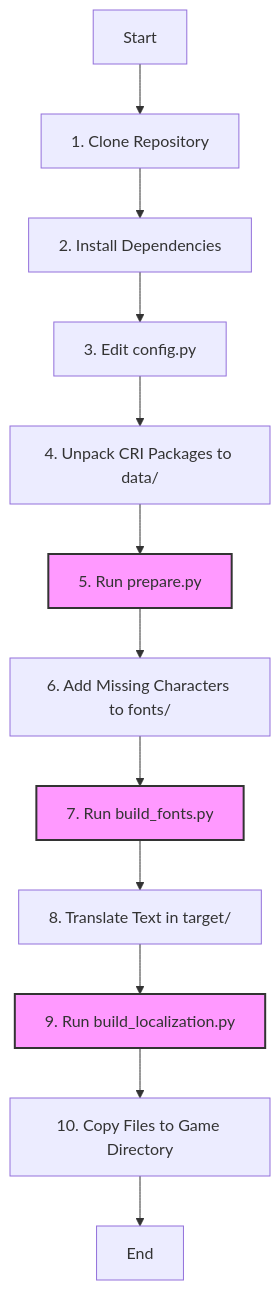
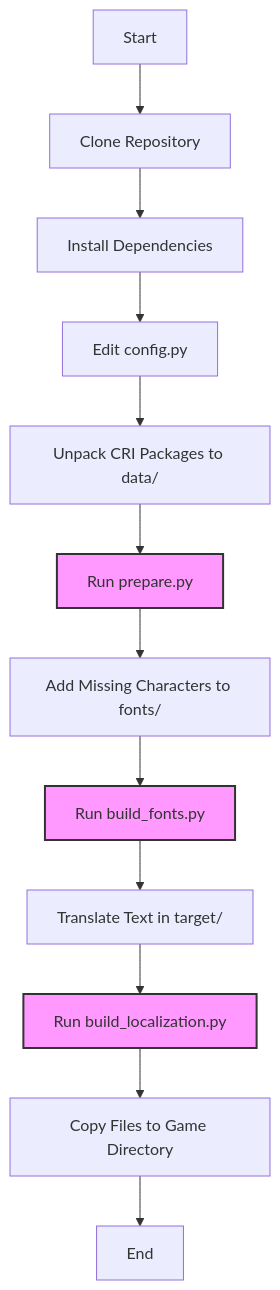
Before and after one commit to ModzabazeR/nier_automata_localization_refined: the first of 4 diagrams in README.md, drawn with Mermaid. The commit also changed other lines of this file, not shown here.

Commit message:
fix flowchart 2

````diff
--- a/README.md
+++ b/README.md
@@ -75,18 +75,18 @@
 ```mermaid
 flowchart TD
-    A[Start] --> B["1. Clone Repository"]
-    B --> C["2. Install Dependencies"]
-    C --> D["3. Edit config.py"]
-    D --> E["4. Unpack CRI Packages to data/"]
-    E --> F["5. Run prepare.py"]
-    F --> G["6. Add Missing Characters to fonts/"]
-    G --> H["7. Run build_fonts.py"]
-    H --> I["8. Translate Text in target/"]
-    I --> J["9. Run build_localization.py"]
-    J --> K["10. Copy Files to Game Directory"]
+    A[Start] --> B[Clone Repository]
+    B --> C[Install Dependencies]
+    C --> D[Edit config.py]
+    D --> E[Unpack CRI Packages to data/]
+    E --> F[Run prepare.py]
+    F --> G[Add Missing Characters to fonts/]
+    G --> H[Run build_fonts.py]
+    H --> I[Translate Text in target/]
+    I --> J[Run build_localization.py]
+    J --> K[Copy Files to Game Directory]
     K --> L[End]
     
     style F fill:#f9f,stroke:#333,stroke-width:2px
     style H fill:#f9f,stroke:#333,stroke-width:2px
     style J fill:#f9f,stroke:#333,stroke-width:2px
 ```
````
